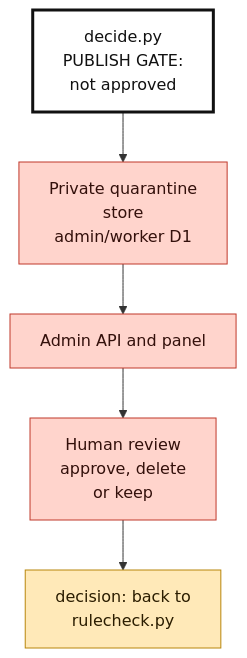
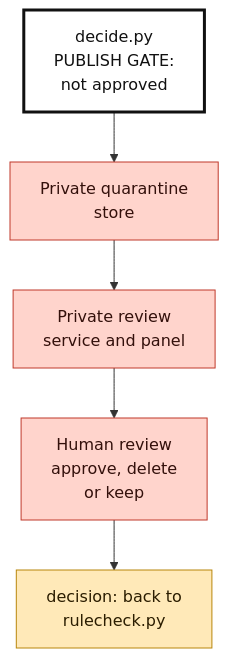
Before and after one commit to MacGuard/macguard-yara-channel: the diagram in docs/wiki/diagrams/architecture-3-quarantine.mmd, drawn with Mermaid. The commit also changed 53 other files, not shown here.

```diff
--- a/docs/wiki/diagrams/architecture-3-quarantine.mmd
+++ b/docs/wiki/diagrams/architecture-3-quarantine.mmd
@@ -1,14 +1,14 @@
 %%{init: {"flowchart": {"wrappingWidth": 300}}}%%
 flowchart TB
   d["decide.py<br/>PUBLISH GATE:<br/>not approved"]:::gate
-  q["Private quarantine<br/>store<br/>admin/worker D1"]:::bad
-  api["Admin API and panel"]:::bad
+  q["Private quarantine<br/>store"]:::bad
+  api["Private review<br/>service and panel"]:::bad
   hr["Human review<br/>approve, delete<br/>or keep"]:::bad
   r["decision: back to<br/>rulecheck.py"]:::chk
   d --> q
   q --> api
   api --> hr
   hr --> r
   classDef gate fill:#ffffff,stroke:#111111,stroke-width:3px,color:#111111
   classDef bad fill:#ffd4cc,stroke:#c0392b,color:#33100b
   classDef chk fill:#ffe9b8,stroke:#b8860b,color:#2b1d00
```
